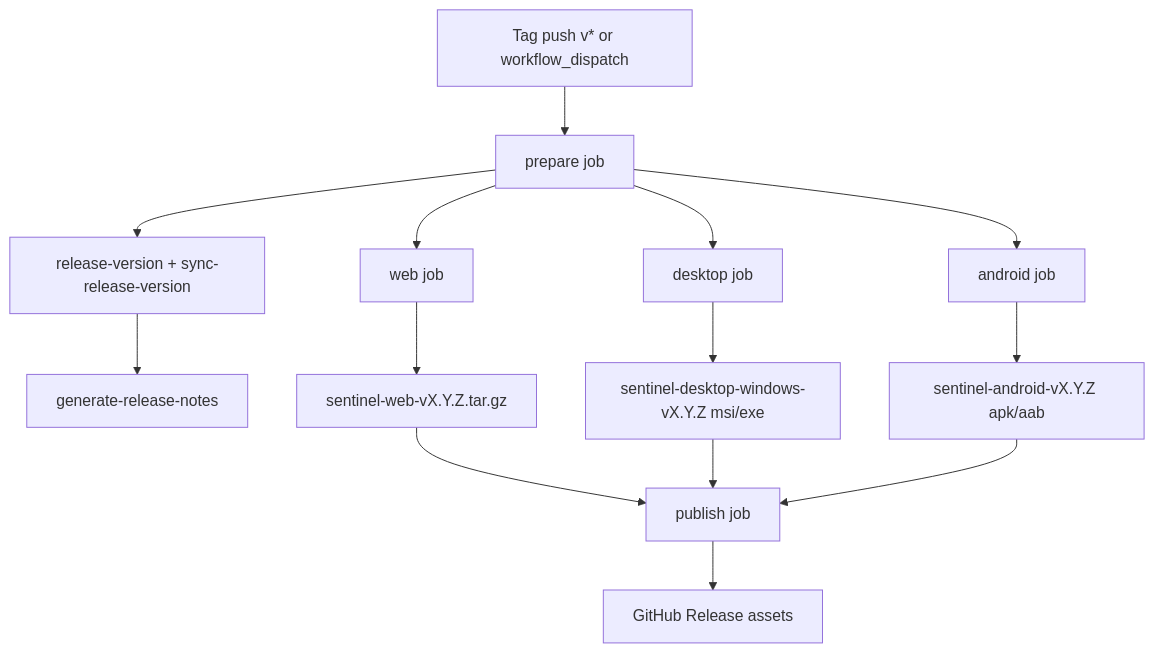
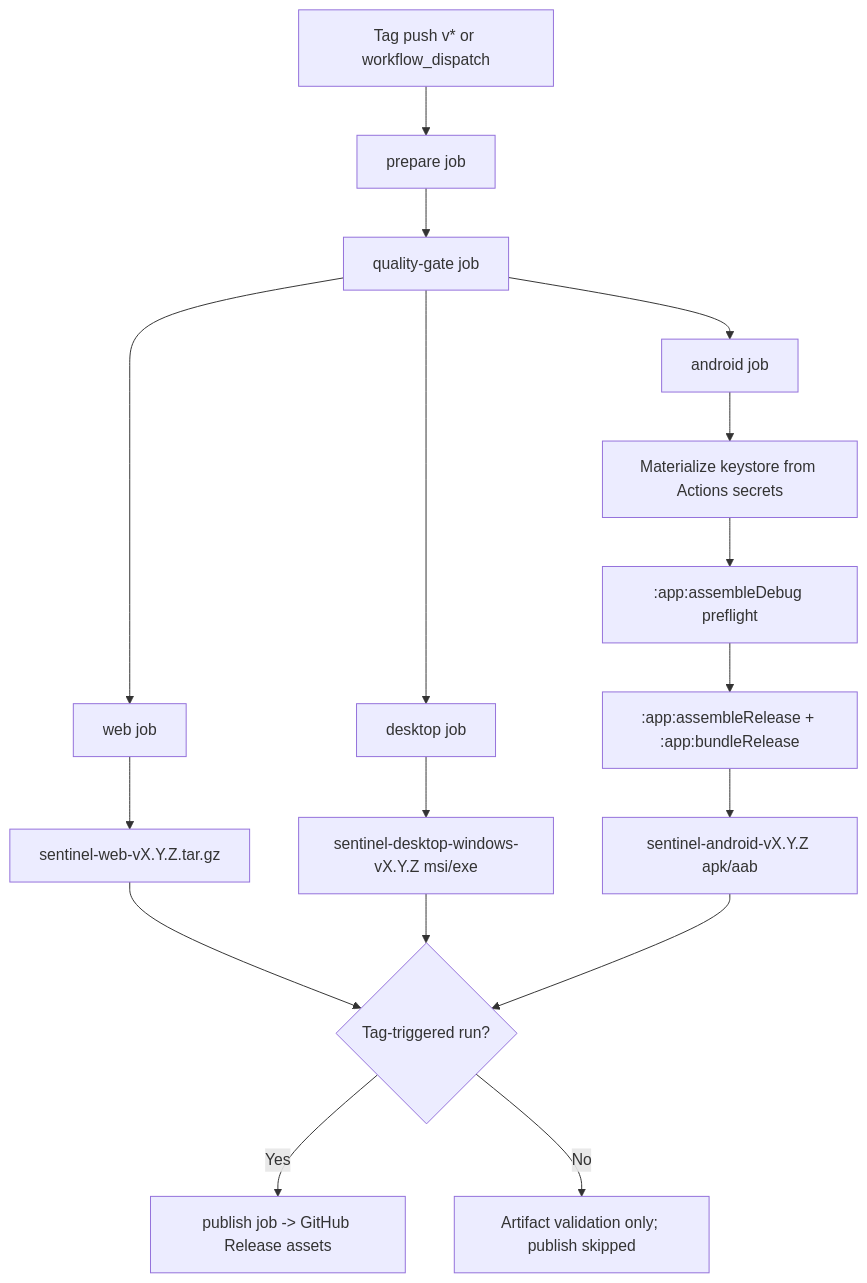
Before and after one commit to dwaytu/Capstone-Main: the fourth of 4 diagrams in SYSTEM_FLOW_DIAGRAMS.md, drawn with Mermaid. The commit also changed other lines of this file and 103 other files, not shown here.

````diff
--- a/SYSTEM_FLOW_DIAGRAMS.md
+++ b/SYSTEM_FLOW_DIAGRAMS.md
@@ -62,19 +62,22 @@
 ```mermaid
 flowchart TD
     A[Tag push v* or workflow_dispatch] --> B[prepare job]
-    B --> C[release-version + sync-release-version]
-    C --> D[generate-release-notes]
+    B --> C[quality-gate job]
+    C --> D[web job]
+    C --> E[desktop job]
+    C --> F[android job]
 
-    B --> E[web job]
-    B --> F[desktop job]
-    B --> G[android job]
+    F --> G[Materialize keystore from Actions secrets]
+    G --> H[:app:assembleDebug preflight]
+    H --> I[:app:assembleRelease + :app:bundleRelease]
 
-    E --> H[sentinel-web-vX.Y.Z.tar.gz]
-    F --> I[sentinel-desktop-windows-vX.Y.Z msi/exe]
-    G --> J[sentinel-android-vX.Y.Z apk/aab]
+    D --> J[sentinel-web-vX.Y.Z.tar.gz]
+    E --> K[sentinel-desktop-windows-vX.Y.Z msi/exe]
+    I --> L[sentinel-android-vX.Y.Z apk/aab]
 
-    H --> K[publish job]
-    I --> K
-    J --> K
-    K --> L[GitHub Release assets]
+    J --> M{Tag-triggered run?}
+    K --> M
+    L --> M
+    M -- Yes --> N[publish job -> GitHub Release assets]
+    M -- No --> O[Artifact validation only; publish skipped]
 ```
````
